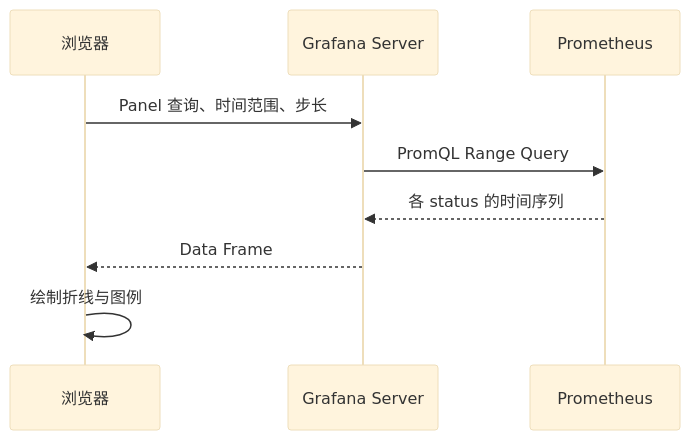
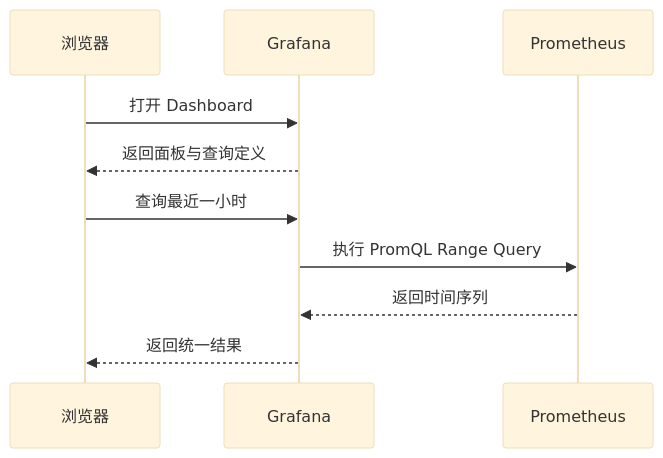
Before and after one commit to blog-archives/interview: the second of 2 diagrams in content/map/grafana.md, drawn with Mermaid (base theme). The commit also changed other lines of this file and 10 other files, not shown here.

````diff
--- a/content/map/grafana.md
+++ b/content/map/grafana.md
@@ -72,11 +60,12 @@
 ```mermaid
 sequenceDiagram
     participant U as 浏览器
-    participant G as Grafana Server
+    participant G as Grafana
     participant P as Prometheus
-    U->>G: Panel 查询、时间范围、步长
-    G->>P: PromQL Range Query
-    P-->>G: 各 status 的时间序列
-    G-->>U: Data Frame
-    U->>U: 绘制折线与图例
+    U->>G: 打开 Dashboard
+    G-->>U: 返回面板与查询定义
+    U->>G: 查询最近一小时
+    G->>P: 执行 PromQL Range Query
+    P-->>G: 返回时间序列
+    G-->>U: 返回统一结果
 ```
````
